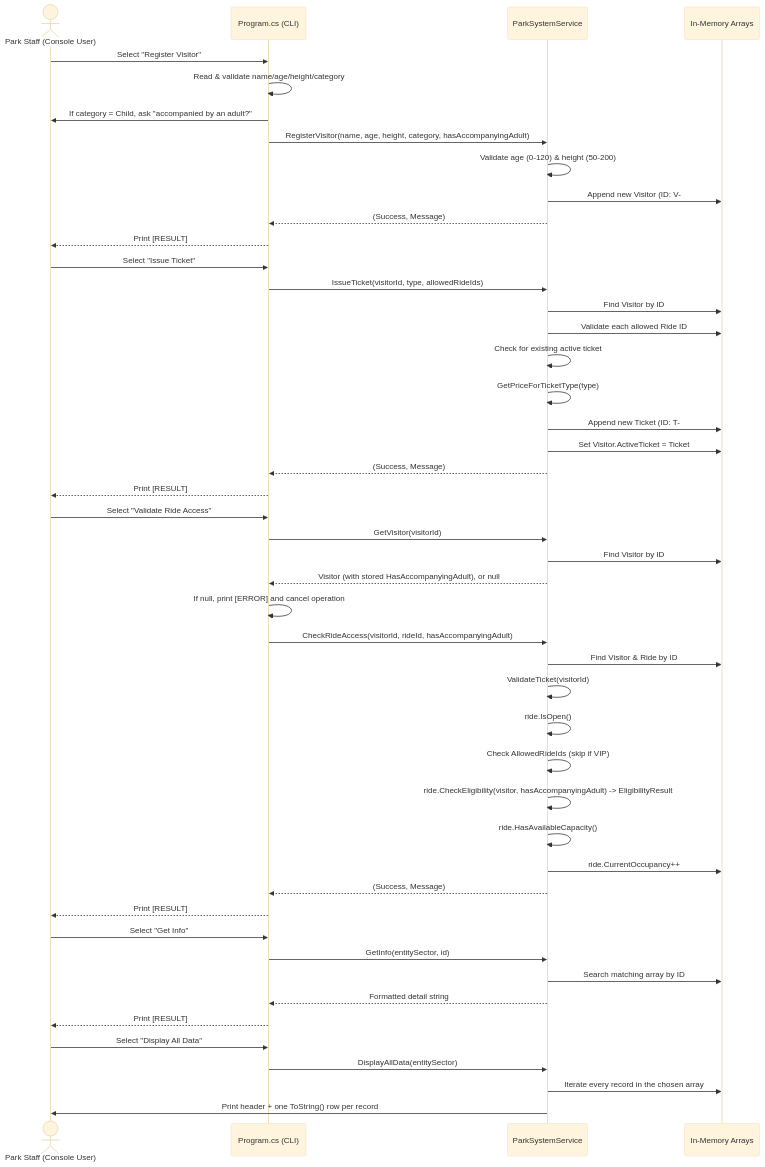
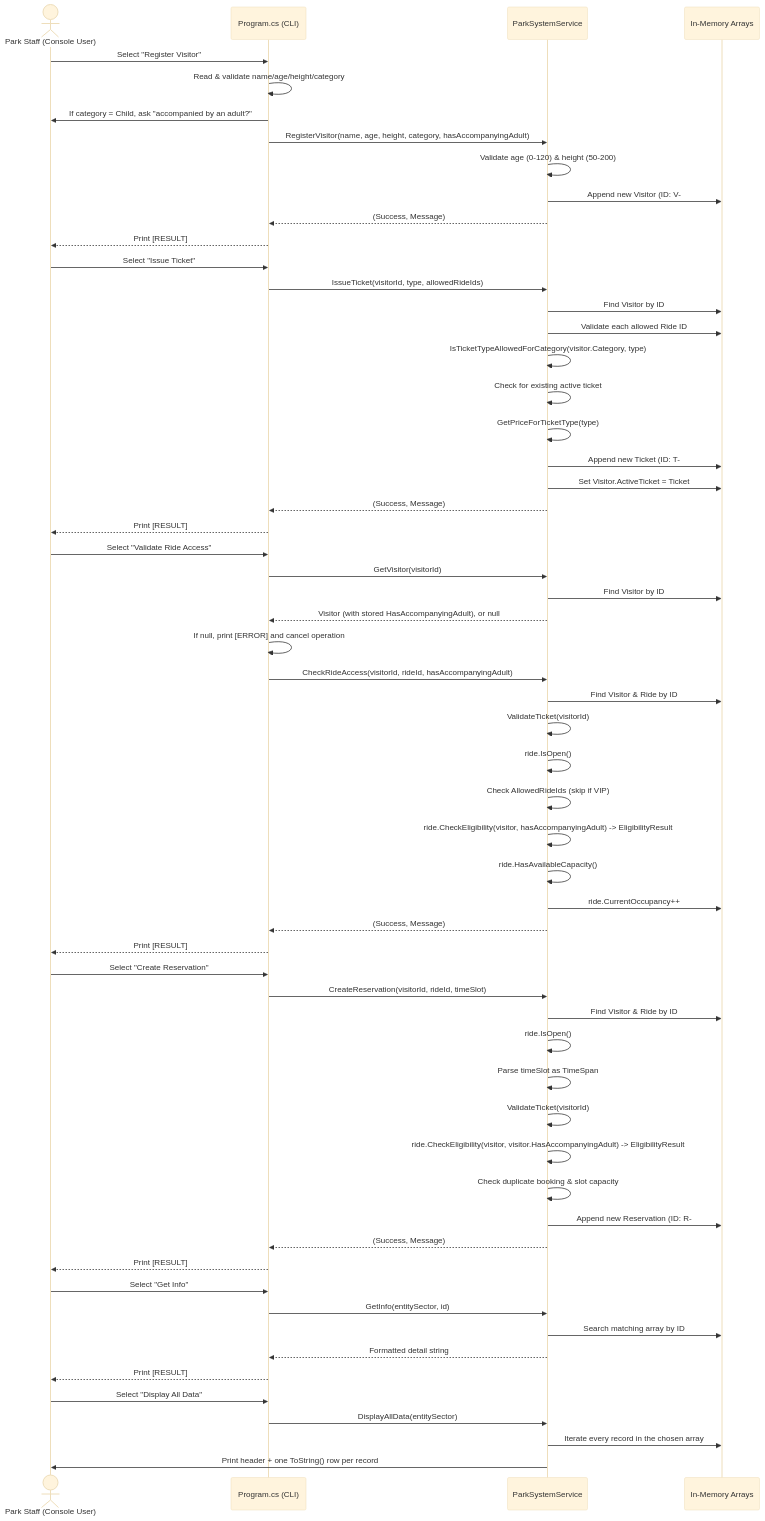
Before and after one commit to Mohammadshaqboua/HorizonParkSystem: the second of 2 diagrams in README.md, drawn with Mermaid (base theme). The commit also changed other lines of this file and 2 other files, not shown here.

First line of the commit message:
fix: enforce ticket validity and ride eligibility in CreateReservation

````diff
--- a/README.md
+++ b/README.md
@@ -490,54 +511,67 @@
 ```mermaid
 sequenceDiagram
     actor Staff as Park Staff (Console User)
     participant Program as Program.cs (CLI)
     participant Service as ParkSystemService
     participant Store as In-Memory Arrays
 
     Staff->>Program: Select "Register Visitor"
     Program->>Program: Read & validate name/age/height/category
     Program->>Staff: If category = Child, ask "accompanied by an adult?"
     Program->>Service: RegisterVisitor(name, age, height, category, hasAccompanyingAdult)
     Service->>Service: Validate age (0-120) & height (50-200)
     Service->>Store: Append new Visitor (ID: V-#, stores HasAccompanyingAdult)
     Service-->>Program: (Success, Message)
     Program-->>Staff: Print [RESULT]
 
     Staff->>Program: Select "Issue Ticket"
     Program->>Service: IssueTicket(visitorId, type, allowedRideIds)
     Service->>Store: Find Visitor by ID
     Service->>Store: Validate each allowed Ride ID
+    Service->>Service: IsTicketTypeAllowedForCategory(visitor.Category, type)
     Service->>Service: Check for existing active ticket
     Service->>Service: GetPriceForTicketType(type)
     Service->>Store: Append new Ticket (ID: T-#)
     Service->>Store: Set Visitor.ActiveTicket = Ticket
     Service-->>Program: (Success, Message)
     Program-->>Staff: Print [RESULT]
 
     Staff->>Program: Select "Validate Ride Access"
     Program->>Service: GetVisitor(visitorId)
     Service->>Store: Find Visitor by ID
     Service-->>Program: Visitor (with stored HasAccompanyingAdult), or null
     Program->>Program: If null, print [ERROR] and cancel operation
     Program->>Service: CheckRideAccess(visitorId, rideId, hasAccompanyingAdult)
     Service->>Store: Find Visitor & Ride by ID
     Service->>Service: ValidateTicket(visitorId)
     Service->>Service: ride.IsOpen()
     Service->>Service: Check AllowedRideIds (skip if VIP)
     Service->>Service: ride.CheckEligibility(visitor, hasAccompanyingAdult) -> EligibilityResult
     Service->>Service: ride.HasAvailableCapacity()
     Service->>Store: ride.CurrentOccupancy++
     Service-->>Program: (Success, Message)
     Program-->>Staff: Print [RESULT]
 
+    Staff->>Program: Select "Create Reservation"
+    Program->>Service: CreateReservation(visitorId, rideId, timeSlot)
+    Service->>Store: Find Visitor & Ride by ID
+    Service->>Service: ride.IsOpen()
+    Service->>Service: Parse timeSlot as TimeSpan
+    Service->>Service: ValidateTicket(visitorId)
+    Service->>Service: ride.CheckEligibility(visitor, visitor.HasAccompanyingAdult) -> EligibilityResult
+    Service->>Service: Check duplicate booking & slot capacity
+    Service->>Store: Append new Reservation (ID: R-#)
+    Service-->>Program: (Success, Message)
+    Program-->>Staff: Print [RESULT]
+
     Staff->>Program: Select "Get Info"
     Program->>Service: GetInfo(entitySector, id)
     Service->>Store: Search matching array by ID
     Service-->>Program: Formatted detail string
     Program-->>Staff: Print [RESULT]
 
     Staff->>Program: Select "Display All Data"
     Program->>Service: DisplayAllData(entitySector)
     Service->>Store: Iterate every record in the chosen array
     Service->>Staff: Print header + one ToString() row per record
 ```
````
